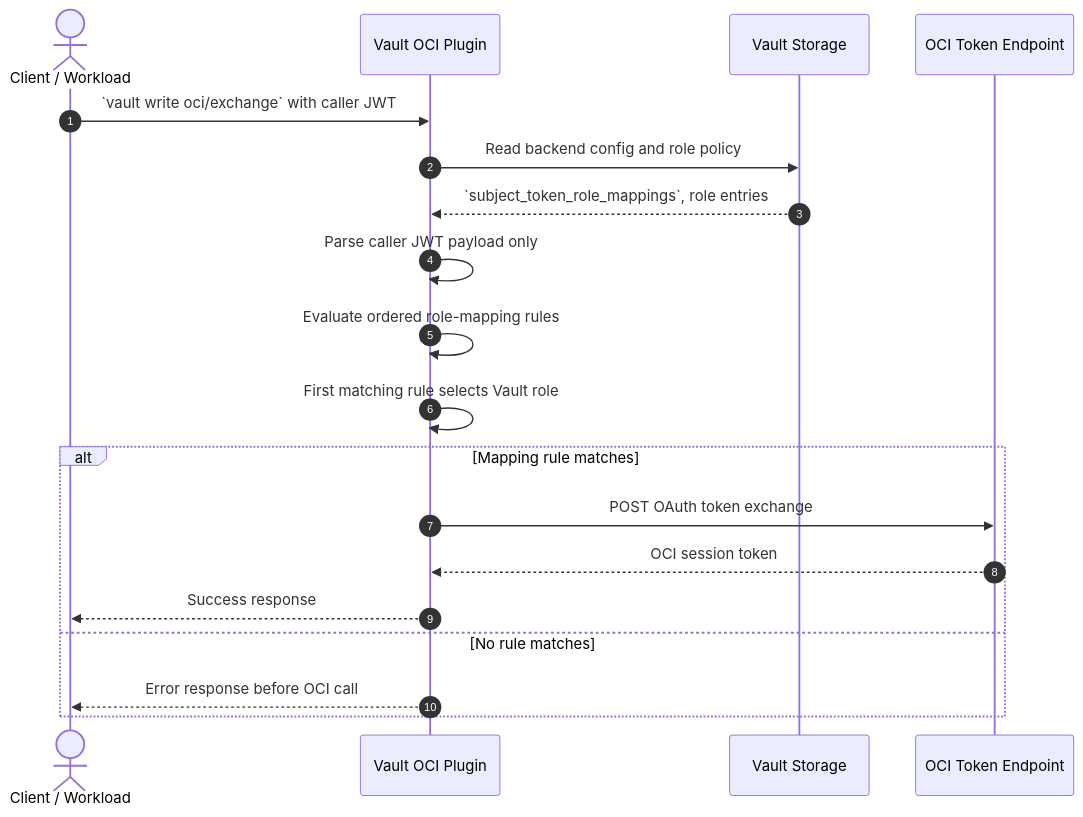
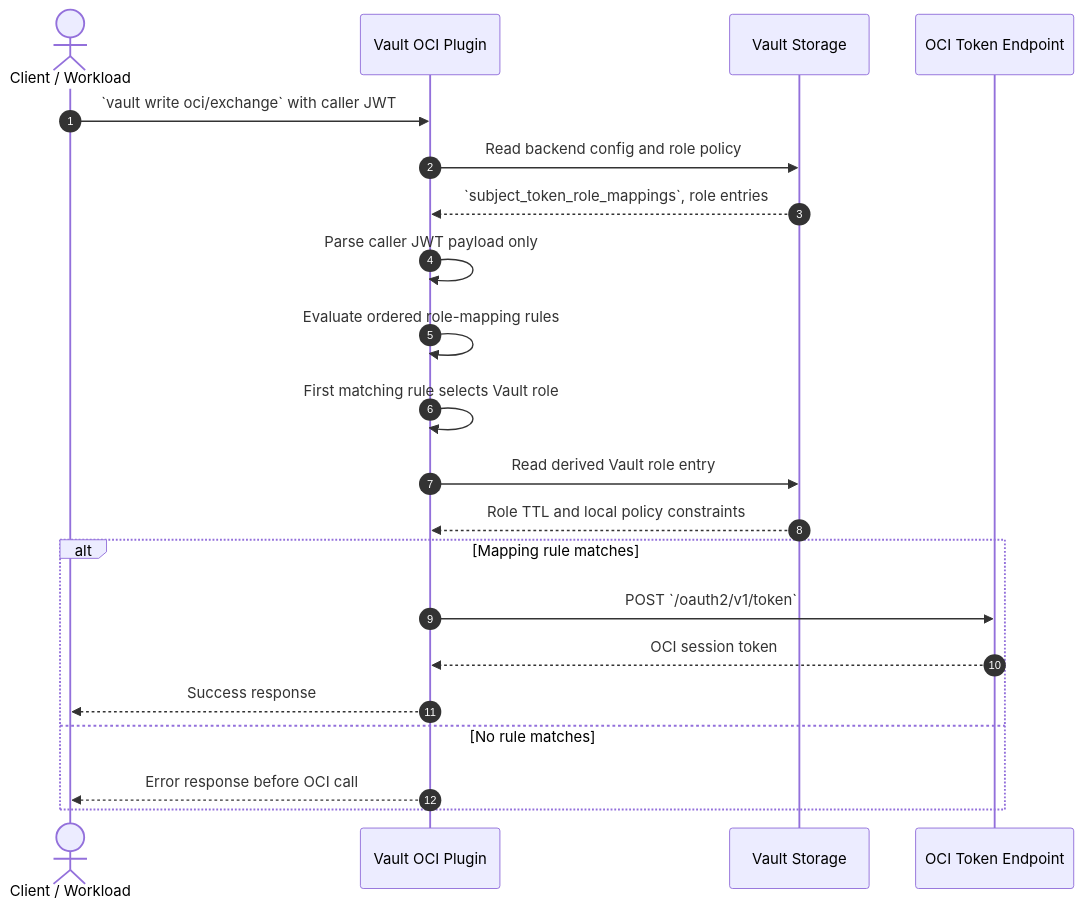
The diagram in docs/sequence-diagrams/04-role-claim-guardrail.mmd (gtrevorrow/Hashicorp-OCI-credential-engine), drawn with Mermaid before and after one commit. The commit also changed 2 other files, not shown here.

Commit message:
docs(diagrams): align auth flow diagrams

```diff
--- a/docs/sequence-diagrams/04-role-claim-guardrail.mmd
+++ b/docs/sequence-diagrams/04-role-claim-guardrail.mmd
@@ -1,21 +1,23 @@
 sequenceDiagram
     autonumber
     actor C as Client / Workload
     participant V as Vault OCI Plugin
     participant S as Vault Storage
     participant O as OCI Token Endpoint
 
     C->>V: `vault write oci/exchange` with caller JWT
     V->>S: Read backend config and role policy
     S-->>V: `subject_token_role_mappings`, role entries
     V->>V: Parse caller JWT payload only
     V->>V: Evaluate ordered role-mapping rules
     V->>V: First matching rule selects Vault role
+    V->>S: Read derived Vault role entry
+    S-->>V: Role TTL and local policy constraints
 
     alt Mapping rule matches
-        V->>O: POST OAuth token exchange
+        V->>O: POST `/oauth2/v1/token`
         O-->>V: OCI session token
         V-->>C: Success response
     else No rule matches
         V-->>C: Error response before OCI call
     end
```
